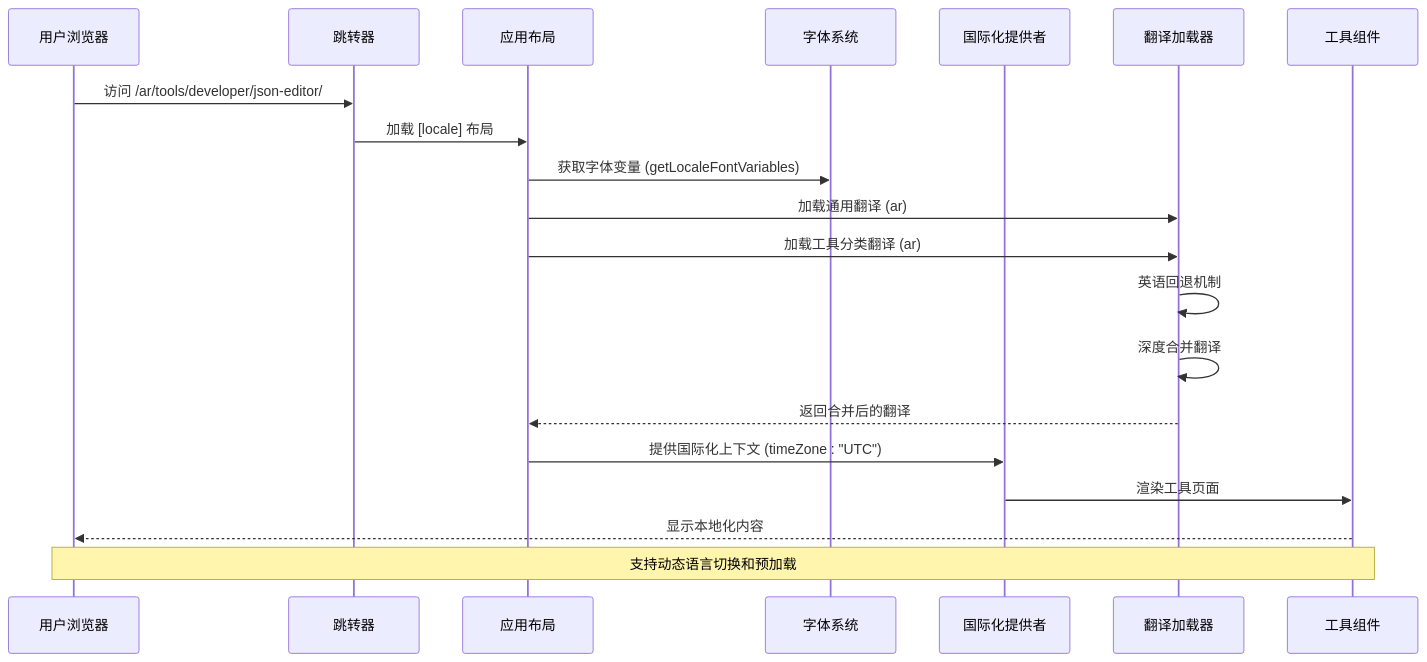
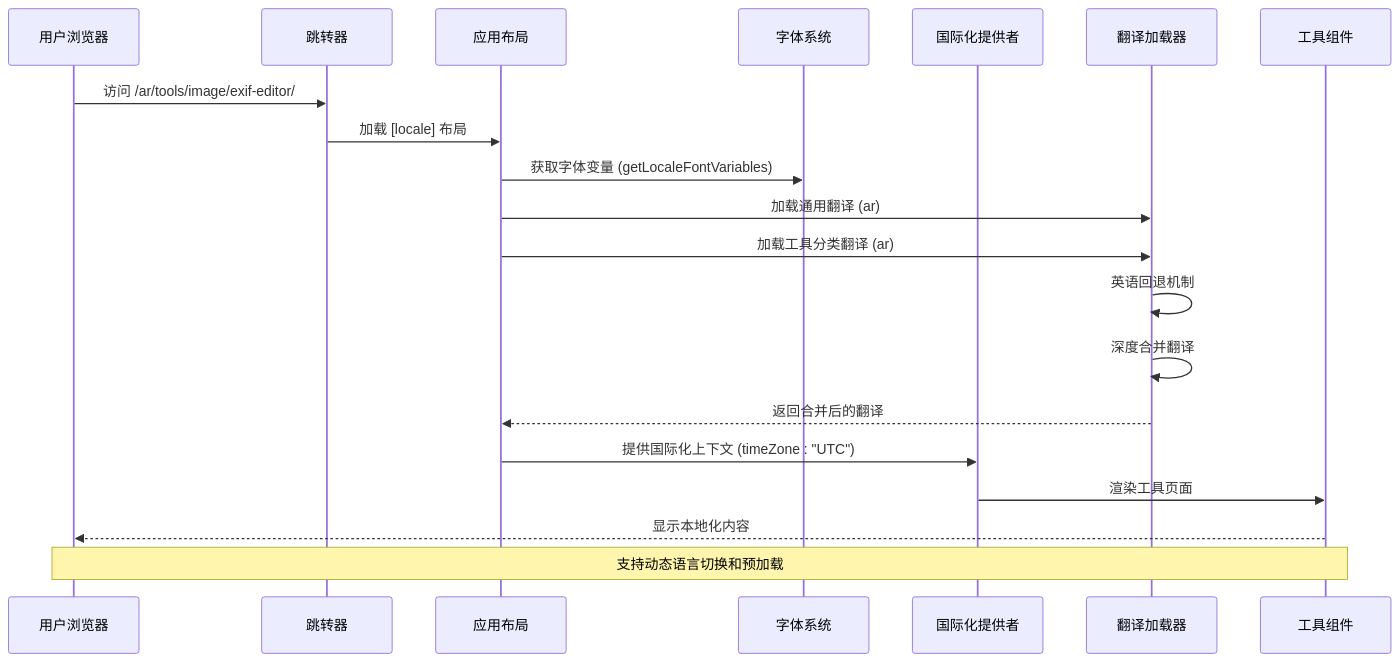
One commit to sgyy/privadeck changed the seventh of 13 diagrams in .qoder/repowiki/zh/content/技术架构/国际化系统.md. Above: the diagram before and after it, drawn with Mermaid. The commit also changed other lines of this file and 3 other files, not shown here.

First line of the commit message:
feat(exif-editor): 新增完整EXIF编辑器功能及多语言支持

````diff
--- a/.qoder/repowiki/zh/content/技术架构/国际化系统.md
+++ b/.qoder/repowiki/zh/content/技术架构/国际化系统.md
@@ -469,22 +533,22 @@
 ```mermaid
 sequenceDiagram
 participant User as 用户浏览器
 participant Router as 跳转器
 participant Layout as 应用布局
 participant Fonts as 字体系统
 participant Provider as 国际化提供者
 participant Messages as 翻译加载器
 participant Tools as 工具组件
-User->>Router : 访问 /ar/tools/developer/json-editor/
+User->>Router : 访问 /ar/tools/image/exif-editor/
 Router->>Layout : 加载 [locale] 布局
 Layout->>Fonts : 获取字体变量 (getLocaleFontVariables)
 Layout->>Messages : 加载通用翻译 (ar)
 Layout->>Messages : 加载工具分类翻译 (ar)
 Messages->>Messages : 英语回退机制
 Messages->>Messages : 深度合并翻译
 Messages-->>Layout : 返回合并后的翻译
 Layout->>Provider : 提供国际化上下文 (timeZone : "UTC")
 Provider->>Tools : 渲染工具页面
 Tools-->>User : 显示本地化内容
 Note over User,Tools : 支持动态语言切换和预加载
 ```
````
